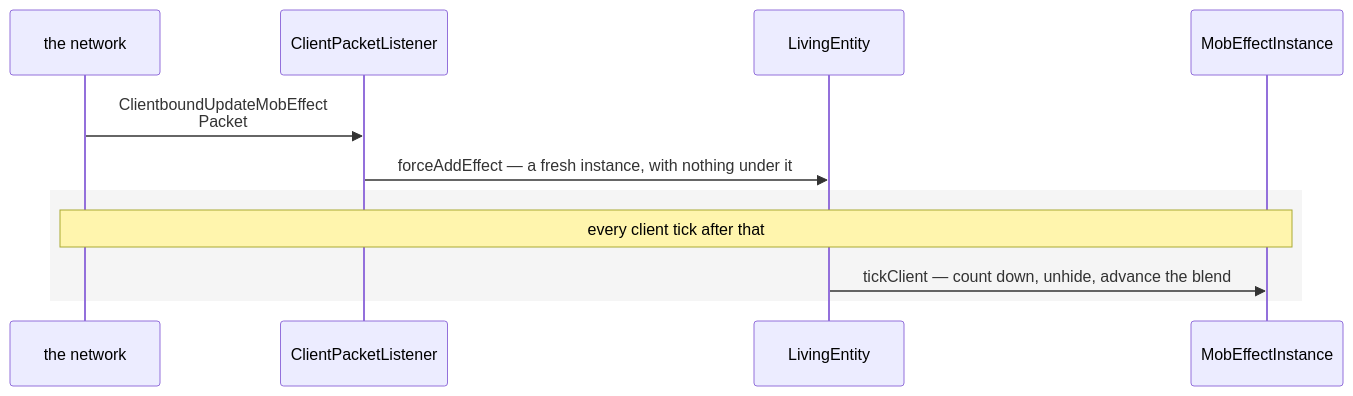
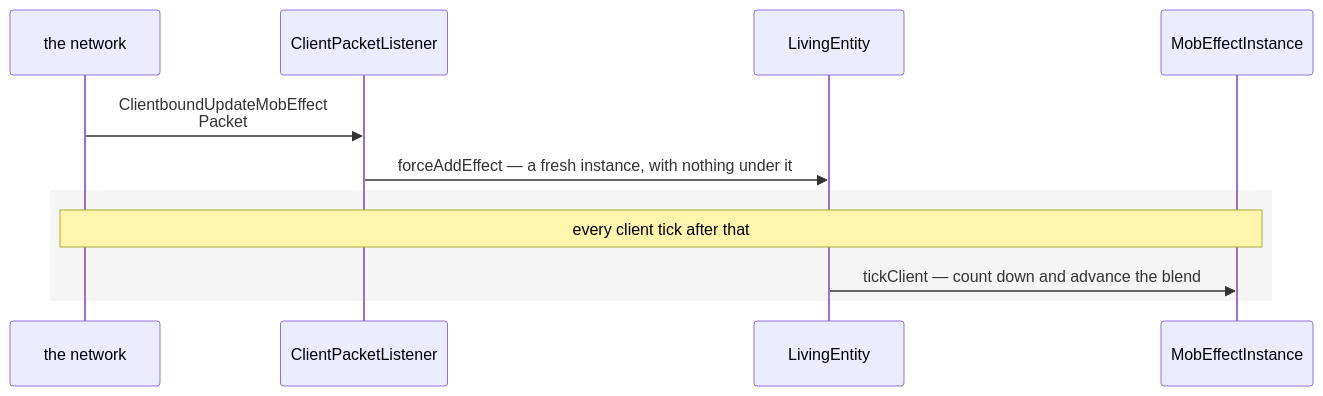
One commit to AlexanderjFraser/MinecraftDocs changed the second of 2 diagrams in src/systems/player/status-effects.md. Above: the diagram before and after it, drawn with Mermaid. The commit also changed other lines of this file and 16 other files, not shown here.

````diff
--- a/src/systems/player/status-effects.md
+++ b/src/systems/player/status-effects.md
@@ -194,14 +199,14 @@
 ```mermaid
 sequenceDiagram
     participant Wire as the network
     participant CPL as ClientPacketListener
     participant LE as LivingEntity
     participant MEI as MobEffectInstance
 
     Wire->>CPL: ClientboundUpdateMobEffect<br/>Packet
     CPL->>LE: forceAddEffect — a fresh instance, with nothing under it
     rect rgba(0, 0, 0, 0.04)
         Note over Wire,MEI: every client tick after that
-        LE->>MEI: tickClient — count down, unhide, advance the blend
+        LE->>MEI: tickClient — count down and advance the blend
     end
 ```
````
